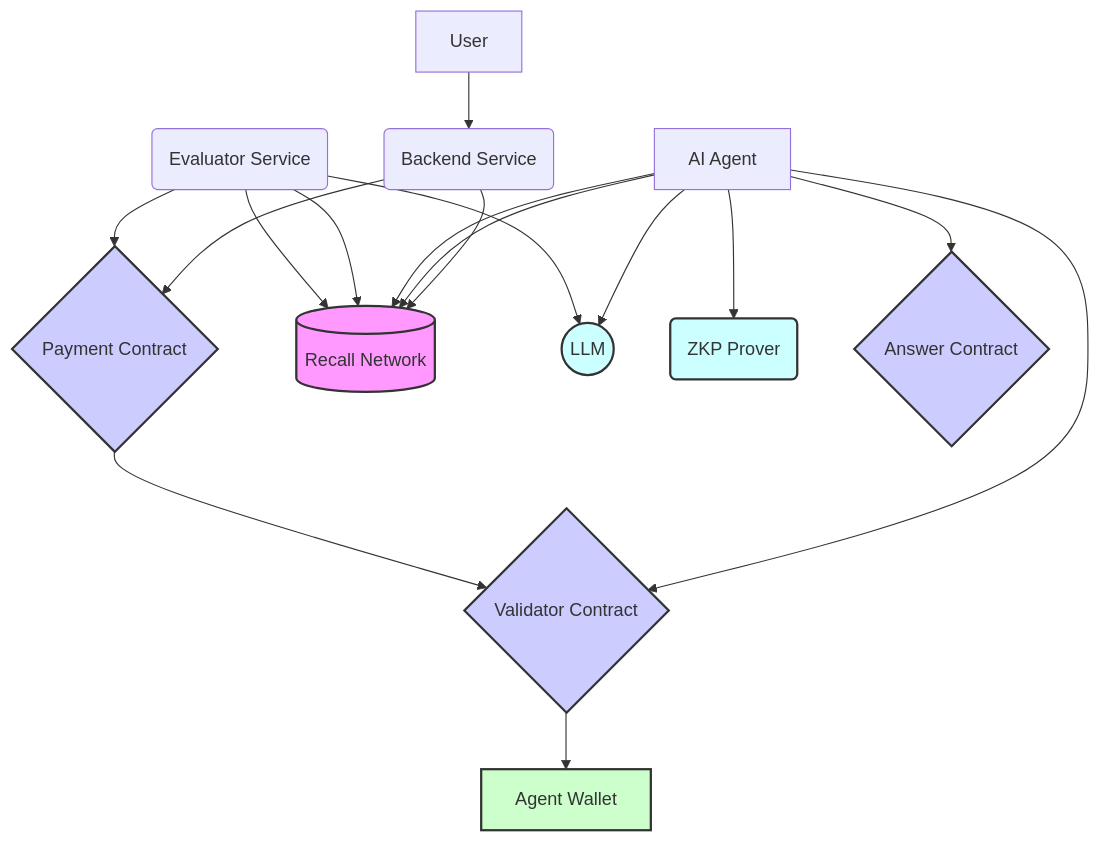
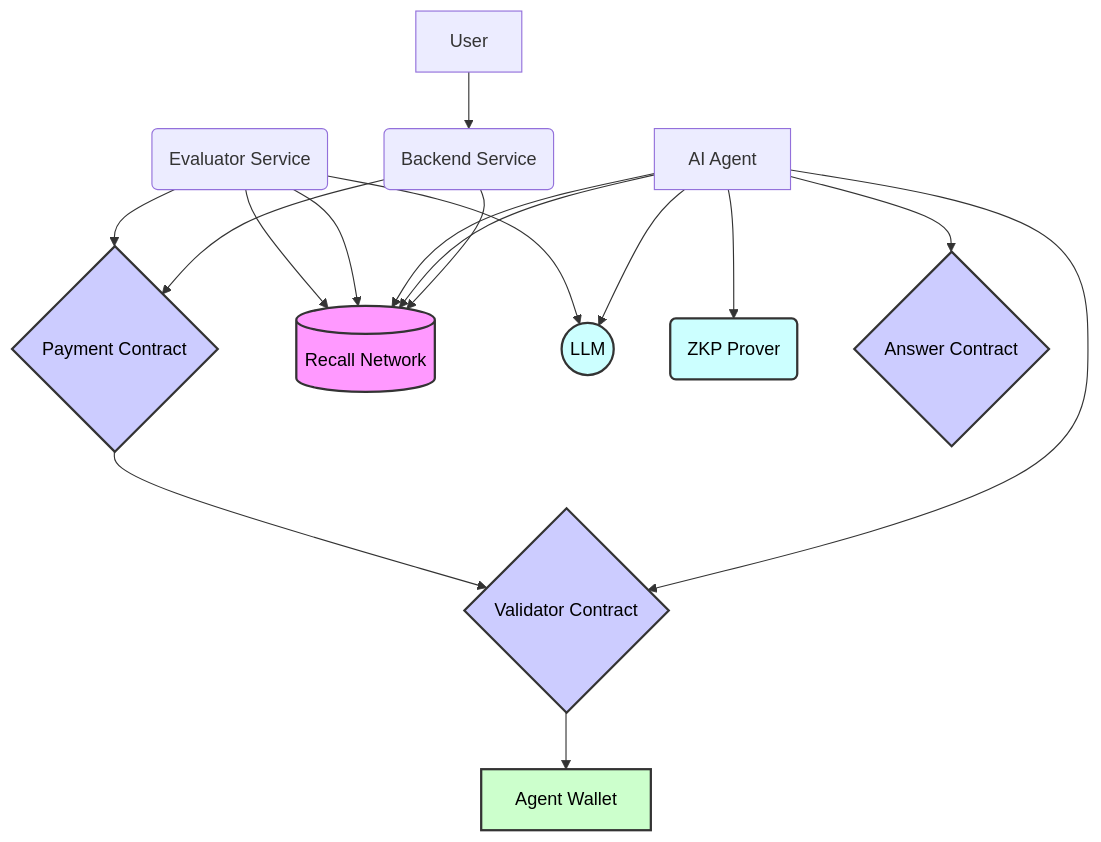
Before and after one commit to Kintask/kintask: the diagram in README.md, drawn with Mermaid.

````diff
--- a/README.md
+++ b/README.md
@@ -32,29 +32,29 @@
 ```mermaid
 graph TD;
     A[User] --> B(Backend Service)
     B --> C{Payment Contract}
     B --> D[(Recall Network)]
     
     E[AI Agent] --> D
     E --> F((LLM))
     E --> G(ZKP Prover)
     E --> H{Answer Contract}
     E --> I{Validator Contract}
     E --> D
     
     J(Evaluator Service) --> D
     J --> F
     J --> D
     J --> C
     
     C --> I
     I --> K[Agent Wallet]
     
-    style C fill:#ccf,stroke:#333,stroke-width:2px
-    style H fill:#ccf,stroke:#333,stroke-width:2px
-    style I fill:#ccf,stroke:#333,stroke-width:2px
-    style D fill:#f9f,stroke:#333,stroke-width:2px
-    style F fill:#cff,stroke:#333,stroke-width:2px
-    style G fill:#cff,stroke:#333,stroke-width:2px
-    style K fill:#cfc,stroke:#333,stroke-width:2px
+    style C fill:#ccf,stroke:#333,stroke-width:2px,color:#000
+    style H fill:#ccf,stroke:#333,stroke-width:2px,color:#000
+    style I fill:#ccf,stroke:#333,stroke-width:2px,color:#000
+    style D fill:#f9f,stroke:#333,stroke-width:2px,color:#000
+    style F fill:#cff,stroke:#333,stroke-width:2px,color:#000
+    style G fill:#cff,stroke:#333,stroke-width:2px,color:#000
+    style K fill:#cfc,stroke:#333,stroke-width:2px,color:#000
 ```
````
